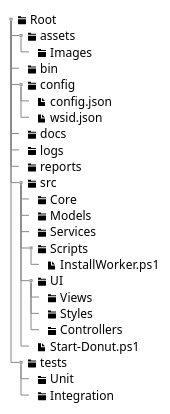
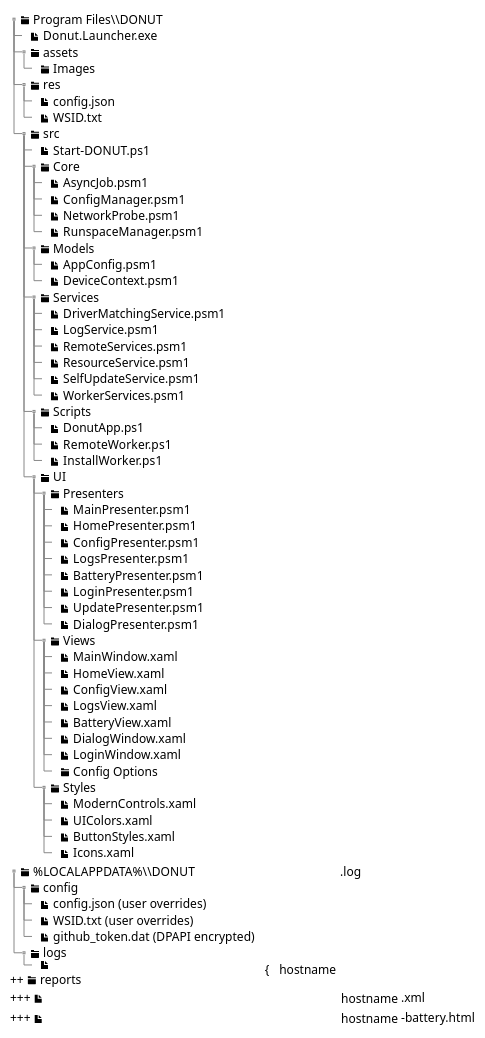
One commit to Danial-Changez/DONUT changed the diagram in docs/diagrams/deployment_file_structure.puml. Above: the diagram before and after it, drawn with PlantUML. The commit also changed 119 other files, not shown here.

```diff
--- a/docs/diagrams/deployment_file_structure.puml
+++ b/docs/diagrams/deployment_file_structure.puml
@@ -1,30 +1,71 @@
-@startsalt
+@startsalt Deployment File Structure
 {
 {T
-+ <&folder> Root
++ <&folder> Program Files\\DONUT
+++ <&file> Donut.Launcher.exe
 ++ <&folder> assets
-+++ <&folder> Images
-++ <&folder> bin
-++ <&folder> config
-+++ <&file> config.json
-+++ <&file> wsid.json
-++ <&folder> docs
-++ <&folder> logs
-++ <&folder> reports
++++<&folder> Images
+++ <&folder> res
++++<&file> config.json
++++<&file> WSID.txt
 ++ <&folder> src
++++ <&file> Start-DONUT.ps1
 +++ <&folder> Core
+++++ <&file> AsyncJob.psm1
+++++ <&file> ConfigManager.psm1
+++++ <&file> NetworkProbe.psm1
+++++ <&file> RunspaceManager.psm1
 +++ <&folder> Models
+++++ <&file> AppConfig.psm1
+++++ <&file> DeviceContext.psm1
 +++ <&folder> Services
+++++ <&file> DriverMatchingService.psm1
+++++ <&file> LogService.psm1
+++++ <&file> RemoteServices.psm1
+++++ <&file> ResourceService.psm1
+++++ <&file> SelfUpdateService.psm1
+++++ <&file> WorkerServices.psm1
 +++ <&folder> Scripts
+++++ <&file> DonutApp.ps1
+++++ <&file> RemoteWorker.ps1
 ++++ <&file> InstallWorker.ps1
 +++ <&folder> UI
+++++ <&folder> Presenters
++++++ <&file> MainPresenter.psm1
++++++ <&file> HomePresenter.psm1
++++++ <&file> ConfigPresenter.psm1
++++++ <&file> LogsPresenter.psm1
++++++ <&file> BatteryPresenter.psm1
++++++ <&file> LoginPresenter.psm1
++++++ <&file> UpdatePresenter.psm1
++++++ <&file> DialogPresenter.psm1
 ++++ <&folder> Views
++++++ <&file> MainWindow.xaml
++++++ <&file> HomeView.xaml
++++++ <&file> ConfigView.xaml
++++++ <&file> LogsView.xaml
++++++ <&file> BatteryView.xaml
++++++ <&file> DialogWindow.xaml
++++++ <&file> LoginWindow.xaml
++++++ <&folder> Config Options
 ++++ <&folder> Styles
-++++ <&folder> Controllers
-+++ <&file> Start-Donut.ps1
-++ <&folder> tests
-+++ <&folder> Unit
-+++ <&folder> Integration
++++++ <&file> ModernControls.xaml
++++++ <&file> UIColors.xaml
++++++ <&file> ButtonStyles.xaml
++++++ <&file> Icons.xaml
+}
+
+{T
++ <&folder> %LOCALAPPDATA%\\DONUT
+++ <&folder> config
++++ <&file> config.json (user overrides)
++++ <&file> WSID.txt (user overrides)
++++ <&file> github_token.dat (DPAPI encrypted)
+++ <&folder> logs
++++ <&file> {hostname}.log
+++ <&folder> reports
++++ <&file> {hostname}.xml
++++ <&file> {hostname}-battery.html
 }
 }
 @endsalt
```
